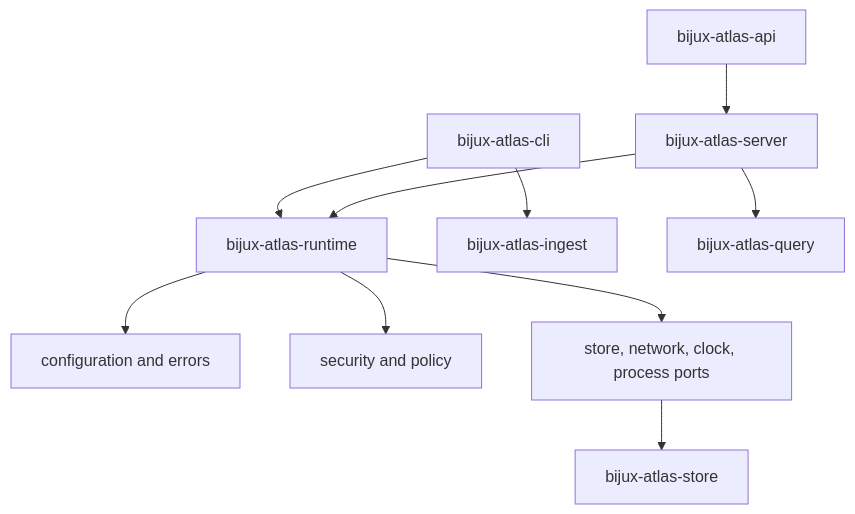
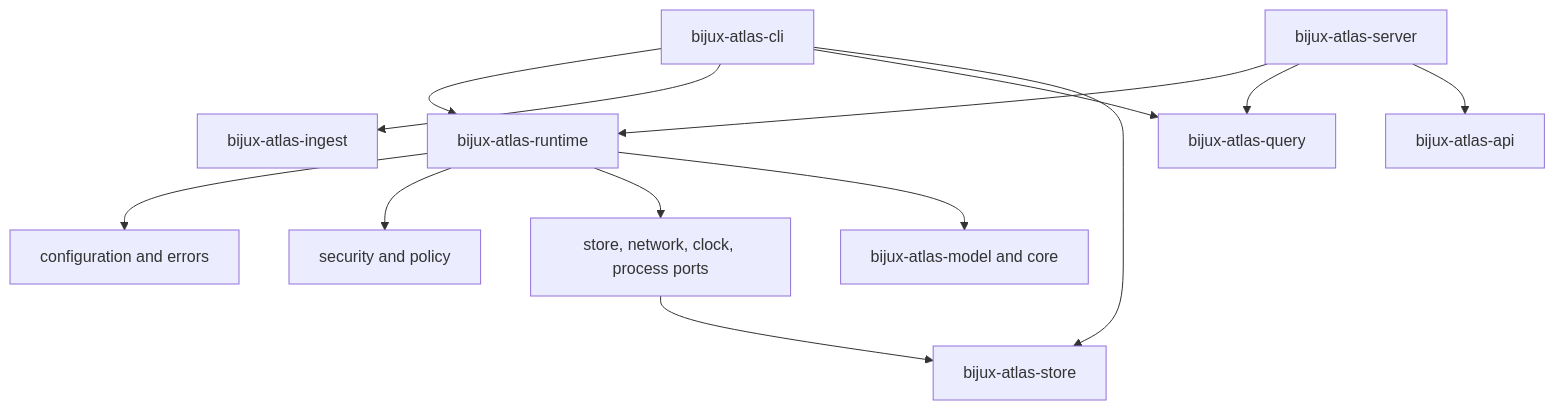
The diagram in crates/bijux-atlas-runtime/README.md (bijux/bijux-atlas), drawn with Mermaid before and after one commit. The commit also changed other lines of this file and 3 other files, not shown here.

````diff
--- a/crates/bijux-atlas-runtime/README.md
+++ b/crates/bijux-atlas-runtime/README.md
@@ -16,12 +21,15 @@
 ```mermaid
 flowchart TB
     CLI[bijux-atlas-cli] --> Runtime[bijux-atlas-runtime]
+    CLI --> Ingest[bijux-atlas-ingest]
+    CLI --> Query[bijux-atlas-query]
+    CLI --> Store[bijux-atlas-store]
     Server[bijux-atlas-server] --> Runtime
+    Server --> Query
+    Server --> API[bijux-atlas-api]
     Runtime --> Contracts[configuration and errors]
     Runtime --> Policy[security and policy]
     Runtime --> Ports[store, network, clock, process ports]
-    Ports --> Store[bijux-atlas-store]
-    CLI --> Ingest[bijux-atlas-ingest]
-    Server --> Query[bijux-atlas-query]
-    API[bijux-atlas-api] --> Server
+    Ports --> Store
+    Runtime --> Model[bijux-atlas-model and core]
 ```
````
